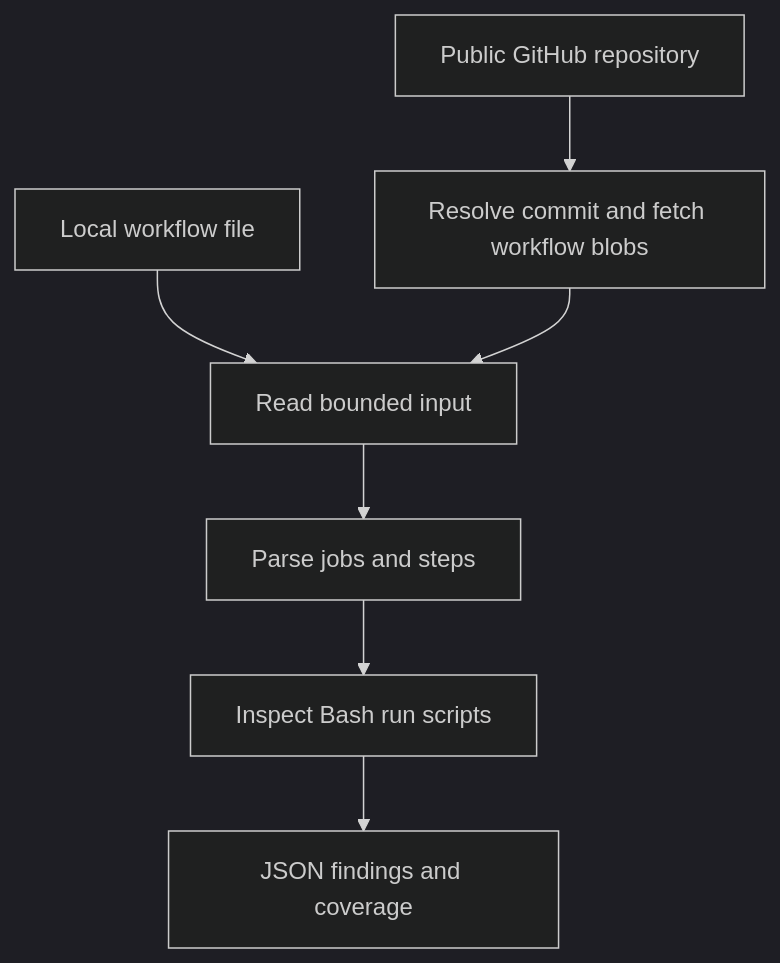
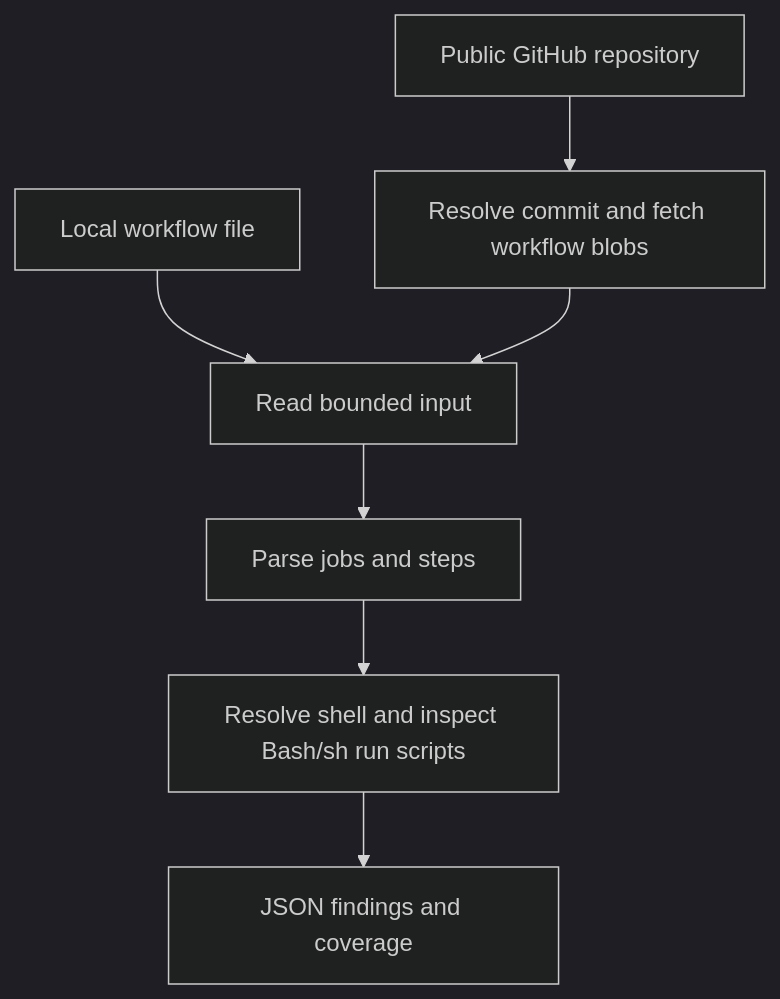
The diagram in README.md (zorosz/workflow-hardener), drawn with Mermaid (dark theme) before and after one commit. The commit also changed other lines of this file and 20 other files, not shown here.

Commit message:
Resolve inherited and default Bash/sh shells for PR rules

````diff
--- a/README.md
+++ b/README.md
@@ -31,9 +31,9 @@
 ```mermaid
 flowchart TD
     FILE[Local workflow file] --> READ[Read bounded input]
     REPO[Public GitHub repository] --> FETCH[Resolve commit and fetch workflow blobs]
     FETCH --> READ
     READ --> YAML[Parse jobs and steps]
-    YAML --> RULE[Inspect Bash run scripts]
+    YAML --> RULE[Resolve shell and inspect Bash/sh run scripts]
     RULE --> RESULT[JSON findings and coverage]
 ```
````
